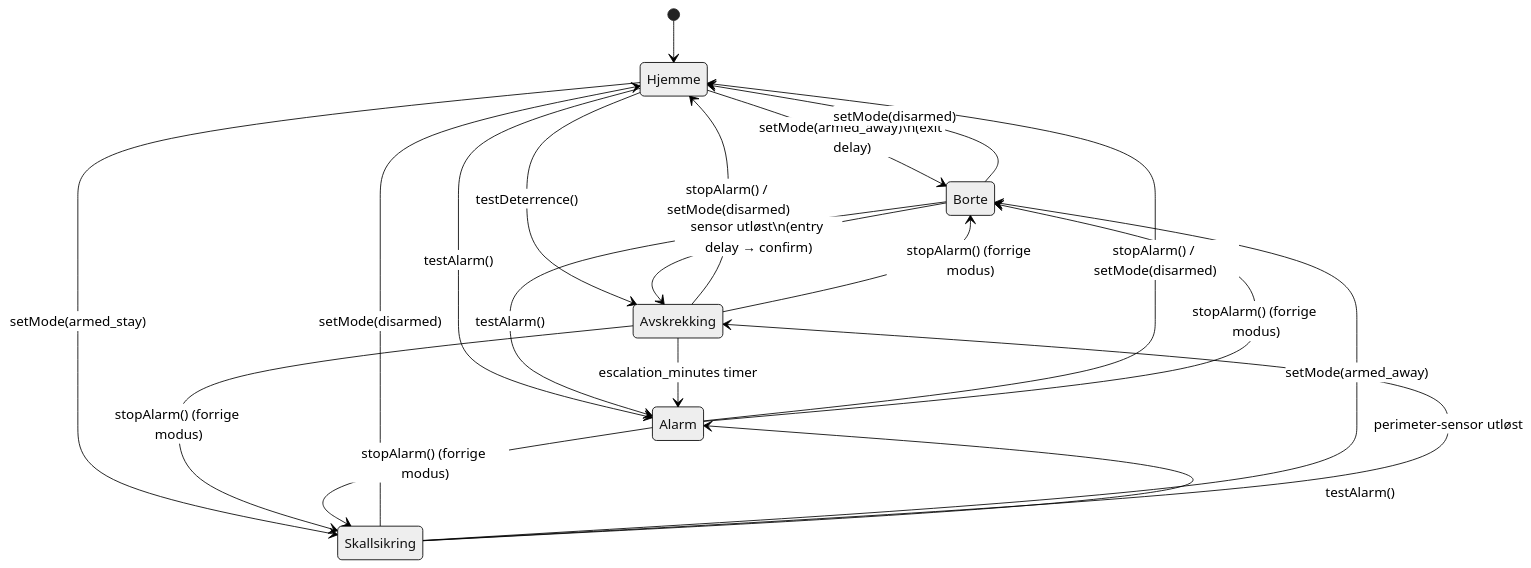
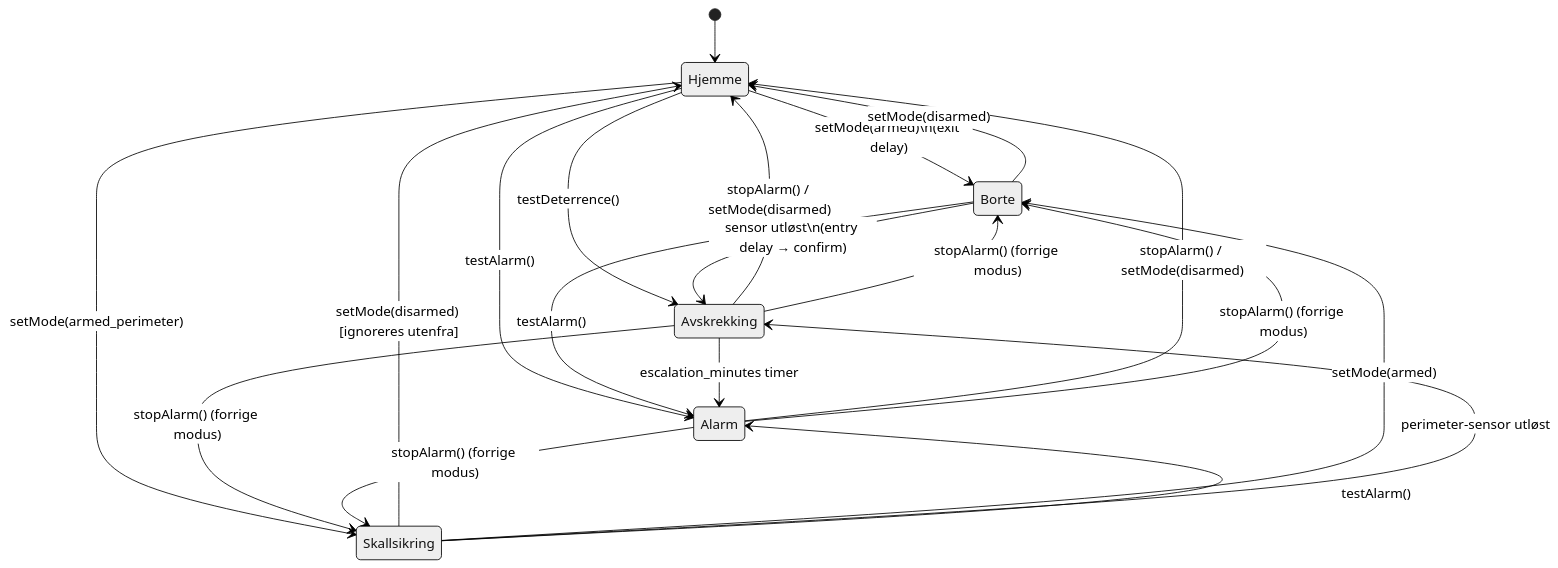
One commit to thomasekdahlN/homeyaloneguard changed the second of 5 diagrams in README.md. Above: the diagram before and after it, drawn with Mermaid (neutral theme). The commit also changed other lines of this file and 22 other files, not shown here.

First line of the commit message:
feat: refactor mode naming and flow architecture

````diff
--- a/README.md
+++ b/README.md
@@ -91,27 +98,27 @@
 ```mermaid
 stateDiagram-v2
   [*] --> Hjemme
 
-  Hjemme --> Borte: setMode(armed_away)\n(exit delay)
-  Hjemme --> Skallsikring: setMode(armed_stay)
+  Hjemme --> Borte: setMode(armed)\n(exit delay)
+  Hjemme --> Skallsikring: setMode(armed_perimeter)
   Hjemme --> Avskrekking: testDeterrence()
   Hjemme --> Alarm: testAlarm()
 
   Borte --> Hjemme: setMode(disarmed)
   Borte --> Avskrekking: sensor utløst\n(entry delay → confirm)
   Borte --> Alarm: testAlarm()
 
-  Skallsikring --> Hjemme: setMode(disarmed)
-  Skallsikring --> Borte: setMode(armed_away)
+  Skallsikring --> Hjemme: setMode(disarmed) [ignoreres utenfra]
+  Skallsikring --> Borte: setMode(armed)
   Skallsikring --> Avskrekking: perimeter-sensor utløst
   Skallsikring --> Alarm: testAlarm()
 
   Avskrekking --> Alarm: escalation_minutes timer
   Avskrekking --> Hjemme: stopAlarm() / setMode(disarmed)
   Avskrekking --> Skallsikring: stopAlarm() (forrige modus)
   Avskrekking --> Borte: stopAlarm() (forrige modus)
 
   Alarm --> Hjemme: stopAlarm() / setMode(disarmed)
   Alarm --> Skallsikring: stopAlarm() (forrige modus)
   Alarm --> Borte: stopAlarm() (forrige modus)
 ```
````
